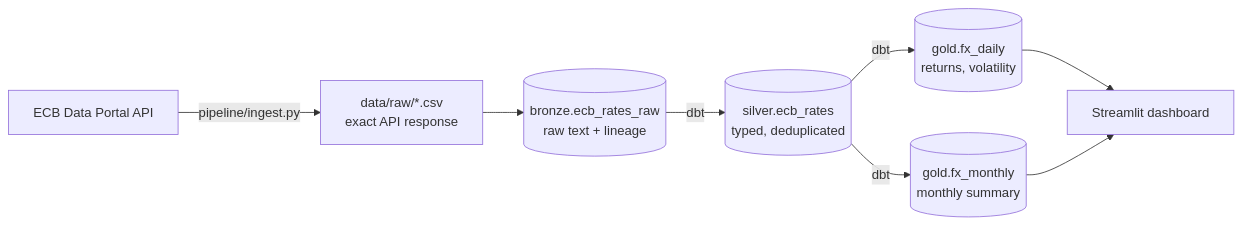
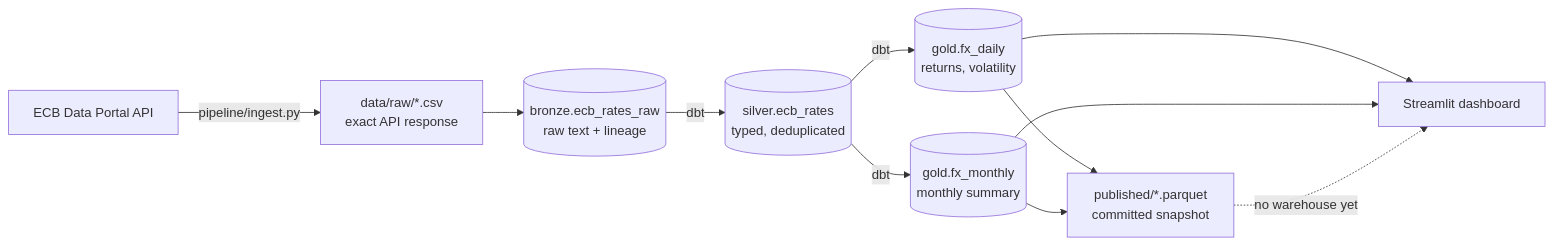
The diagram in README.md (fisherynwa/ecb-fx-pipeline), drawn with Mermaid before and after one commit. The commit also changed other lines of this file and 10 other files, not shown here.

Commit message:
Export gold tables to Parquet; dashboard can run from the snapshot

````diff
--- a/README.md
+++ b/README.md
@@ -21,10 +31,13 @@
 ```mermaid
 flowchart LR
     API["ECB Data Portal API"] -->|"pipeline/ingest.py"| RAW["data/raw/*.csv<br/>exact API response"]
     RAW --> B[("bronze.ecb_rates_raw<br/>raw text + lineage")]
     B -->|dbt| S[("silver.ecb_rates<br/>typed, deduplicated")]
     S -->|dbt| G1[("gold.fx_daily<br/>returns, volatility")]
     S -->|dbt| G2[("gold.fx_monthly<br/>monthly summary")]
+    G1 --> P["published/*.parquet<br/>committed snapshot"]
+    G2 --> P
     G1 --> D["Streamlit dashboard"]
     G2 --> D
+    P -.->|"no warehouse yet"| D
 ```
````
